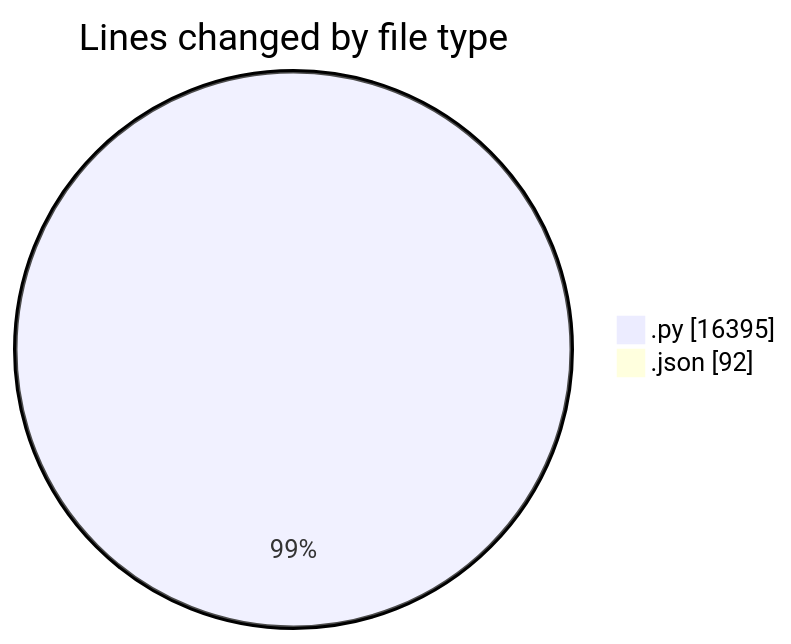
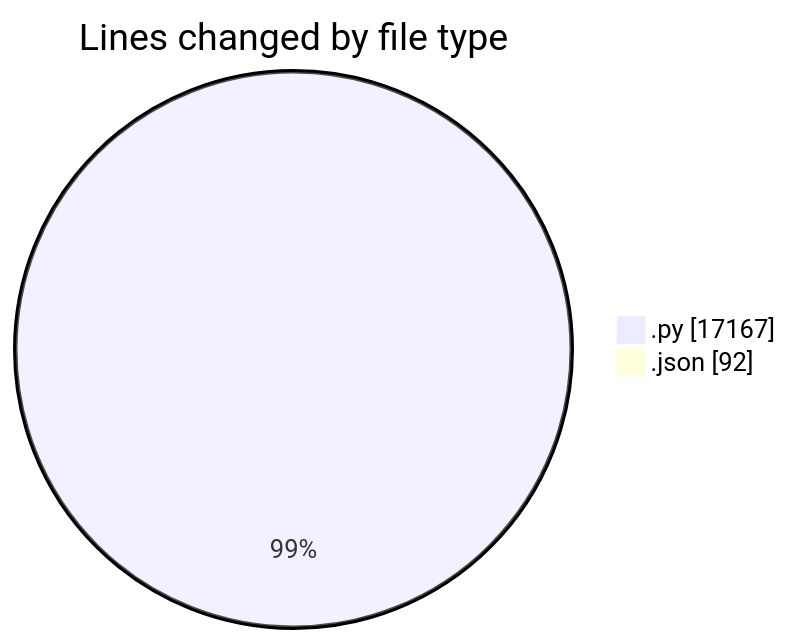
One commit to jrari/code-tracking changed the first of 2 diagrams in 2025-07-13/telebot/README.md. Above: the diagram before and after it, drawn with Mermaid. The commit also changed other lines of this file and 1 other file, not shown here.

````diff
--- a/2025-07-13/telebot/README.md
+++ b/2025-07-13/telebot/README.md
@@ -45,6 +46,6 @@
 ```mermaid
 pie showData
 title Lines changed by file type
-".py" : 16395
+".py" : 17167
 ".json" : 92
 ```
````
